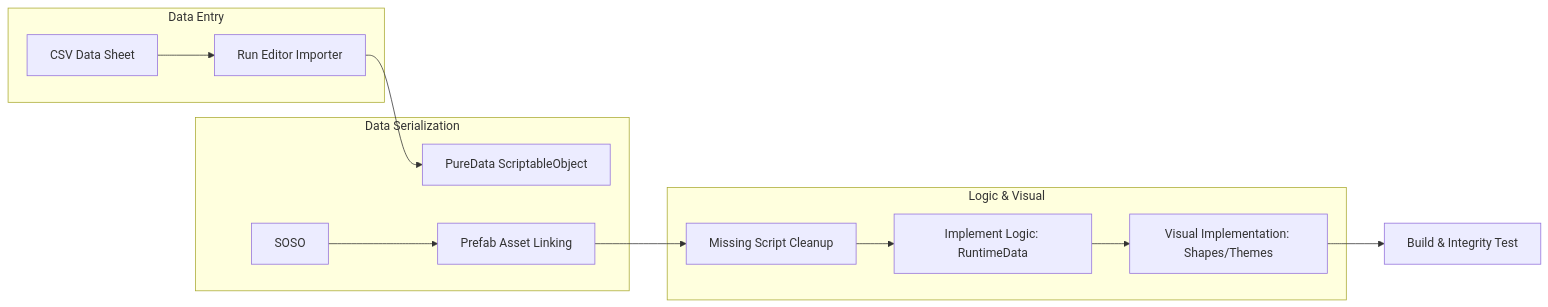
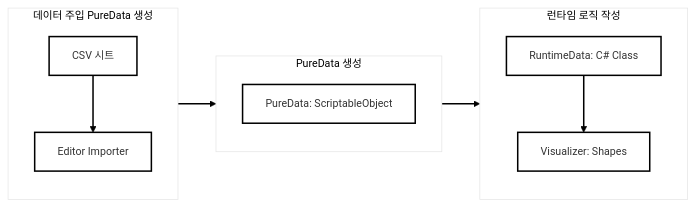
One commit to WhiteAppleKo/3DVampireSurvivorLike changed the third of 3 diagrams in Assets/99.MD/[프로젝트 통합 기술 문서] 프로젝트 아키텍처 진화 및 핵심 시스템 통합 요약.md. Above: the diagram before and after it, drawn with Mermaid. The commit also changed other lines of this file and 13 other files, not shown here.

````diff
--- a/Assets/99.MD/[프로젝트 통합 기술 문서] 프로젝트 아키텍처 진화 및 핵심 시스템 통합 요약.md
+++ b/Assets/99.MD/[프로젝트 통합 기술 문서] 프로젝트 아키텍처 진화 및 핵심 시스템 통합 요약.md
@@ -115,19 +125,23 @@
 ```mermaid
+---
+config:
+  theme: neo
+---
 graph LR
-    subgraph "Data Entry"
-        CSV[CSV Data Sheet] --> Import[Run Editor Importer]
+    subgraph DE[데이터 주입 PureData 생성]
+        Sheet[CSV 시트] --> Importer[Editor Importer]
     end
-    
-    subgraph "Data Serialization"
-        Import --> SO[PureData ScriptableObject]
-        SOSO --> Link[Prefab Asset Linking]
+
+    subgraph PD[PureData 생성]
+        SO[PureData: ScriptableObject]
     end
-    
-    subgraph "Logic & Visual"
-        Link --> Cleanup[Missing Script Cleanup]
-        Cleanup --> Logic[Implement Logic: RuntimeData]
-        Logic --> Visual[Visual Implementation: Shapes/Themes]
+
+    subgraph RL["런타임 로직 작성"]
+        
+        RD[RuntimeData: C# Class]
+        RD --> VIS[Visualizer: Shapes]
     end
-    
-    Visual --> Test[Build & Integrity Test]
+
+    DE --> PD
+    PD --> RL
 ```
````
